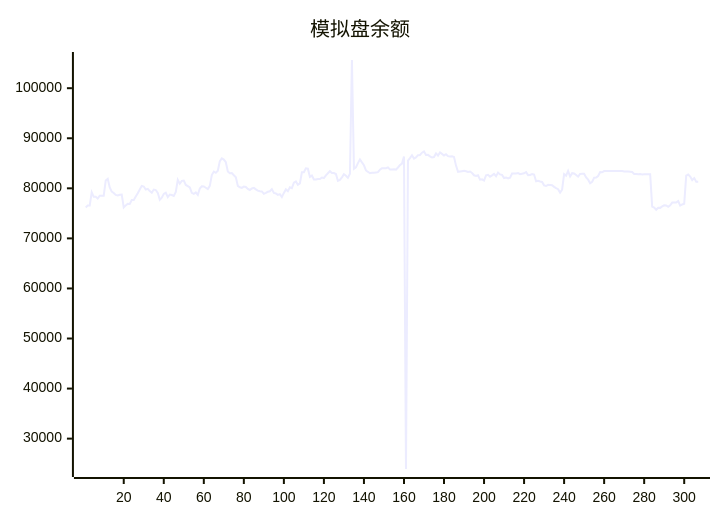
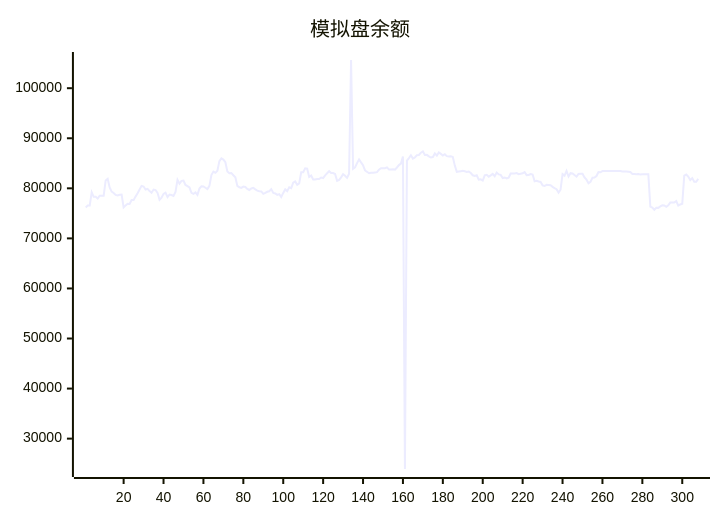
The diagram in README.md (aahl/ai-trading), drawn with Mermaid before and after one commit. The commit also changed other lines of this file and 1 other file, not shown here.

````diff
--- a/README.md
+++ b/README.md
@@ -5,5 +5,5 @@
 ```mermaid
 xychart
     title "模拟盘余额"
-    line [76179,76553,76551,79196,78300,78300,77944,78531,78531,78521,81564,81884,80160,79335,79055,78675,78580,78708,78764,76179,76586,76902,76876,77658,77669,78346,79023,79769,80497,80366,79761,79896,79448,79126,79749,79658,79097,77695,78114,78888,79126,78249,78738,78653,78478,79271,81680,80923,81488,81527,80681,80455,80190,79084,78879,79193,78686,79954,80403,80374,80118,79848,80491,82665,83351,83098,83525,85430,85983,85737,85221,83378,83014,83043,82613,82216,80477,80208,80081,80348,80277,79894,79670,79965,80093,79786,79542,79406,79371,78893,79087,79304,79406,79841,79072,78978,78696,78846,78272,79085,79787,79442,80198,80031,81120,81379,80718,80985,83214,83212,83993,83921,82270,82547,81776,81776,81866,81866,82158,82061,82596,83000,83408,83041,83050,82858,81503,81691,82188,82812,82517,82092,82901,105633,83898,84180,85030,85781,85178,84604,83569,83298,83008,83093,83107,83175,83228,83729,84025,84017,84019,84177,83775,83762,83785,83738,84160,84639,84939,86370,23934,85548,86046,86599,85942,86161,86622,86664,87115,87369,86666,86685,86384,86152,86243,86969,86548,87164,86885,86566,86809,86427,86348,86417,86273,84538,83299,83369,83430,83490,83404,83270,83362,83056,82605,82459,82614,81734,81788,81551,82598,82702,82320,82580,82878,82426,83139,82778,82686,82056,82166,81963,82110,82951,82983,82984,83038,82838,82915,82998,83235,82642,82682,82858,82746,81396,81512,81362,81277,80600,80461,80699,80673,80616,80288,80038,79836,79142,79722,82837,82533,83480,82366,83032,82960,82654,82330,82883,82934,82901,82188,81728,81005,81298,82110,82135,82449,83264,83203,83440,83439,83440,83440,83446,83447,83448,83447,83448,83449,83369,83369,83369,83313,83256,82872,82873,82801,82844,82785,82791,82791,82793,82794,76339,76145,75714,76110,76096,76397,76594,76585,76310,76607,77160,77170,77160,77456,76541,76774,76927,82520,82744,82337,81639,82040,81307,81314]
+    line [76179,76553,76551,79196,78300,78300,77944,78531,78531,78521,81564,81884,80160,79335,79055,78675,78580,78708,78764,76179,76586,76902,76876,77658,77669,78346,79023,79769,80497,80366,79761,79896,79448,79126,79749,79658,79097,77695,78114,78888,79126,78249,78738,78653,78478,79271,81680,80923,81488,81527,80681,80455,80190,79084,78879,79193,78686,79954,80403,80374,80118,79848,80491,82665,83351,83098,83525,85430,85983,85737,85221,83378,83014,83043,82613,82216,80477,80208,80081,80348,80277,79894,79670,79965,80093,79786,79542,79406,79371,78893,79087,79304,79406,79841,79072,78978,78696,78846,78272,79085,79787,79442,80198,80031,81120,81379,80718,80985,83214,83212,83993,83921,82270,82547,81776,81776,81866,81866,82158,82061,82596,83000,83408,83041,83050,82858,81503,81691,82188,82812,82517,82092,82901,105633,83898,84180,85030,85781,85178,84604,83569,83298,83008,83093,83107,83175,83228,83729,84025,84017,84019,84177,83775,83762,83785,83738,84160,84639,84939,86370,23934,85548,86046,86599,85942,86161,86622,86664,87115,87369,86666,86685,86384,86152,86243,86969,86548,87164,86885,86566,86809,86427,86348,86417,86273,84538,83299,83369,83430,83490,83404,83270,83362,83056,82605,82459,82614,81734,81788,81551,82598,82702,82320,82580,82878,82426,83139,82778,82686,82056,82166,81963,82110,82951,82983,82984,83038,82838,82915,82998,83235,82642,82682,82858,82746,81396,81512,81362,81277,80600,80461,80699,80673,80616,80288,80038,79836,79142,79722,82837,82533,83480,82366,83032,82960,82654,82330,82883,82934,82901,82188,81728,81005,81298,82110,82135,82449,83264,83203,83440,83439,83440,83440,83446,83447,83448,83447,83448,83449,83369,83369,83369,83313,83256,82872,82873,82801,82844,82785,82791,82791,82793,82794,76339,76145,75714,76110,76096,76397,76594,76585,76310,76607,77160,77170,77160,77456,76541,76774,76927,82520,82744,82337,81639,82040,81307,81314,81887]
 ```
````
